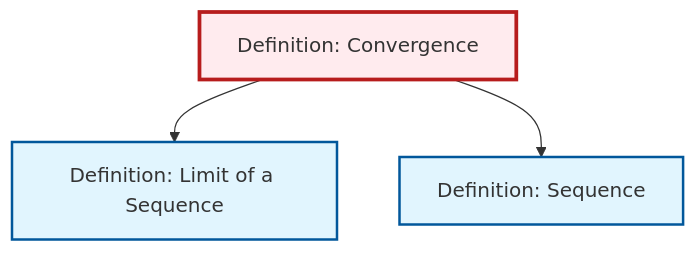
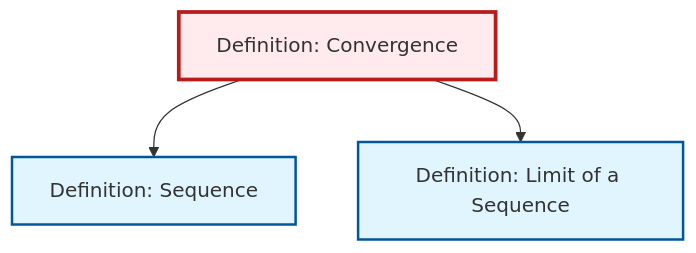
One commit to RK0429/ModernMath changed the diagram in content/ja/analysis/def-convergence.qmd. Above: the diagram before and after it, drawn with Mermaid. The commit also changed other lines of this file and 530 other files, not shown here.

````diff
--- a/content/ja/analysis/def-convergence.qmd
+++ b/content/ja/analysis/def-convergence.qmd
@@ -77,17 +77,17 @@
 ```{mermaid}
 %%| fig-cap: "Local dependency graph"
 graph TD
     classDef definition fill:#e1f5fe,stroke:#01579b,stroke-width:2px
     classDef theorem fill:#f3e5f5,stroke:#4a148c,stroke-width:2px
     classDef axiom fill:#fff3e0,stroke:#e65100,stroke-width:2px
     classDef example fill:#e8f5e9,stroke:#1b5e20,stroke-width:2px
     classDef current fill:#ffebee,stroke:#b71c1c,stroke-width:3px
-    def-limit["Definition: Limit of a Sequence"]:::definition
     def-sequence["Definition: Sequence"]:::definition
     def-convergence["Definition: Convergence"]:::definition
+    def-limit["Definition: Limit of a Sequence"]:::definition
+    def-convergence --> def-sequence
     def-convergence --> def-limit
-    def-convergence --> def-sequence
     class def-convergence current
+    click def-sequence "def-sequence.html" "Definition: Sequenceへ"
     click def-limit "def-limit.html" "Definition: Limit of a Sequenceへ"
-    click def-sequence "def-sequence.html" "Definition: Sequenceへ"
 ```
````
